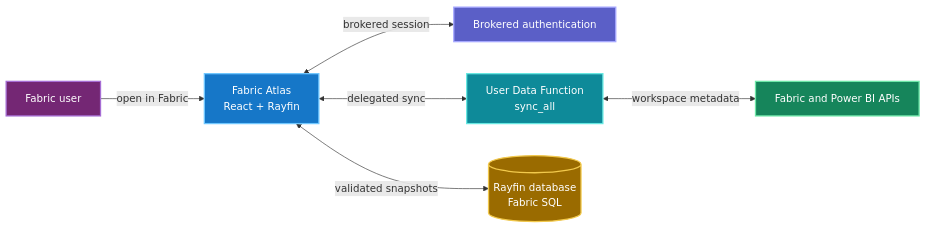
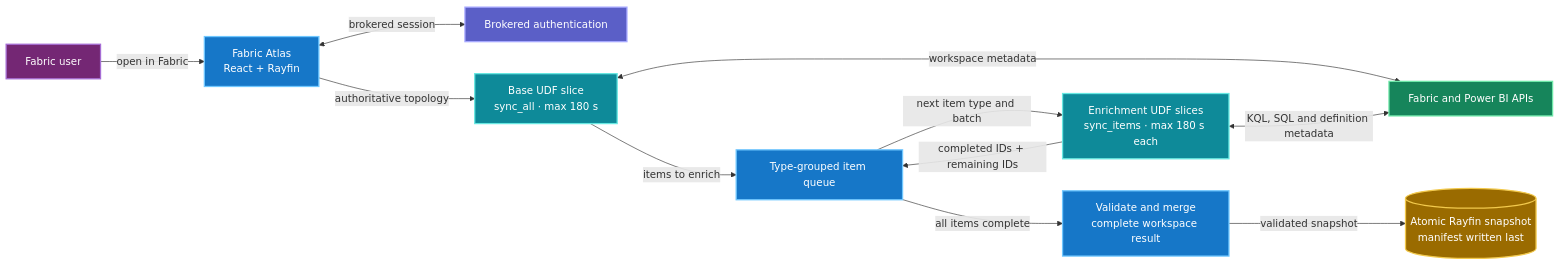
One commit to fredgis/FabricAtlas changed the diagram in README.md. Above: the diagram before and after it, drawn with Mermaid. The commit also changed other lines of this file, not shown here.

Commit message:
docs: explain resumable UDF architecture (#9)
Update the README Mermaid flow and document how 180-second UDF slices allow a longer complete synchronization.

Copilot-Session: 05415f35-bc94-478d-94c7-999f9da5d78b

````diff
--- a/README.md
+++ b/README.md
@@ -301,29 +301,37 @@
 ```mermaid
 flowchart LR
   U["Fabric user"]
   APP["Fabric Atlas<br/>React + Rayfin"]
   AUTH["Brokered authentication"]
-  UDF["User Data Function<br/>sync_all"]
+  BASE["Base UDF slice<br/>sync_all · max 180 s"]
+  PLAN["Type-grouped item queue"]
+  ITEMS["Enrichment UDF slices<br/>sync_items · max 180 s each"]
+  MERGE["Validate and merge<br/>complete workspace result"]
   API["Fabric and Power BI APIs"]
-  DB[("Rayfin database<br/>Fabric SQL")]
+  DB[("Atomic Rayfin snapshot<br/>manifest written last")]
 
   U -->|"open in Fabric"| APP
   APP <-->|"brokered session"| AUTH
-  APP <-->|"delegated sync"| UDF
-  UDF <-->|"workspace metadata"| API
-  APP <-->|"validated snapshots"| DB
+  APP -->|"authoritative topology"| BASE
+  BASE <-->|"workspace metadata"| API
+  BASE -->|"items to enrich"| PLAN
+  PLAN -->|"next item type and batch"| ITEMS
+  ITEMS <-->|"KQL, SQL and definition metadata"| API
+  ITEMS -->|"completed IDs + remaining IDs"| PLAN
+  PLAN -->|"all items complete"| MERGE
+  MERGE -->|"validated snapshot"| DB
 
   classDef user fill:#742774,stroke:#a66dd4,color:#ffffff,stroke-width:2px;
   classDef app fill:#1677c8,stroke:#6fc7ff,color:#ffffff,stroke-width:2px;
   classDef auth fill:#5b5fc7,stroke:#a7a9ff,color:#ffffff,stroke-width:2px;
   classDef udf fill:#0e8a99,stroke:#67e8e2,color:#ffffff,stroke-width:2px;
   classDef api fill:#16855b,stroke:#6ee7a8,color:#ffffff,stroke-width:2px;
   classDef database fill:#9a6b00,stroke:#f2c94c,color:#ffffff,stroke-width:2px;
 
   class U user;
-  class APP app;
+  class APP,PLAN,MERGE app;
   class AUTH auth;
-  class UDF udf;
+  class BASE,ITEMS udf;
   class API api;
   class DB database;
 ```
````
